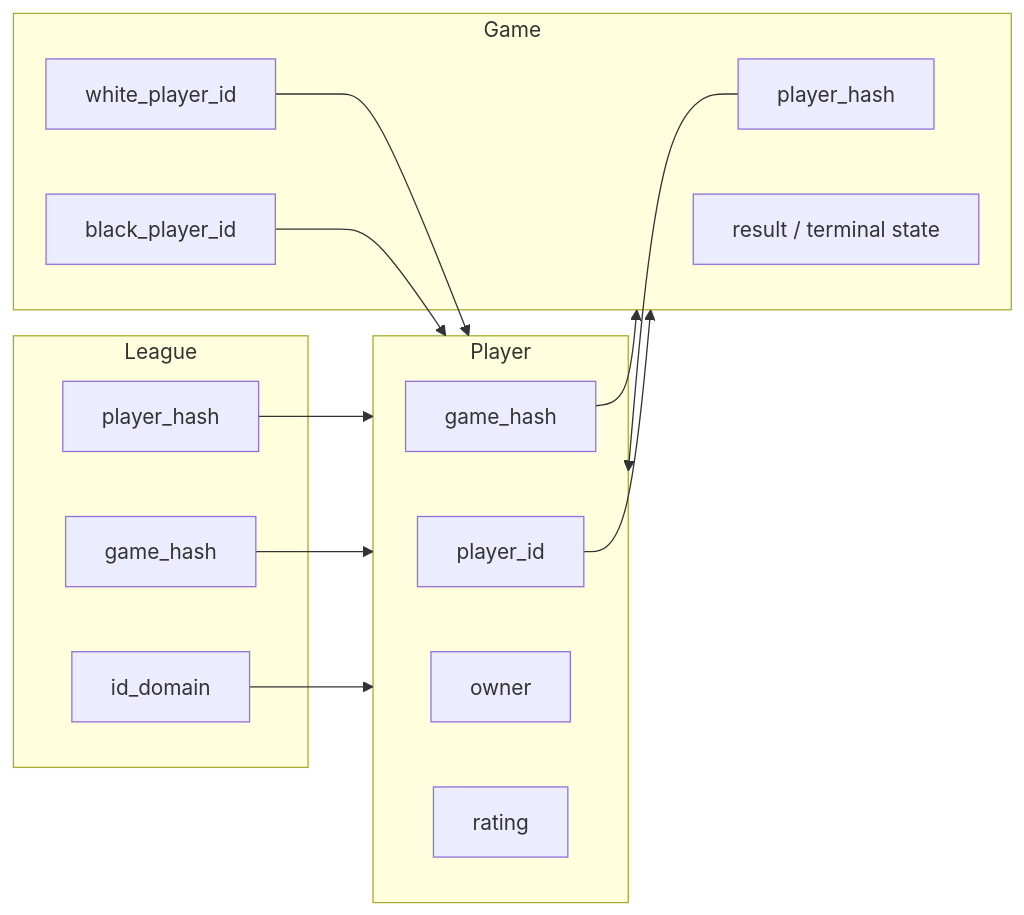
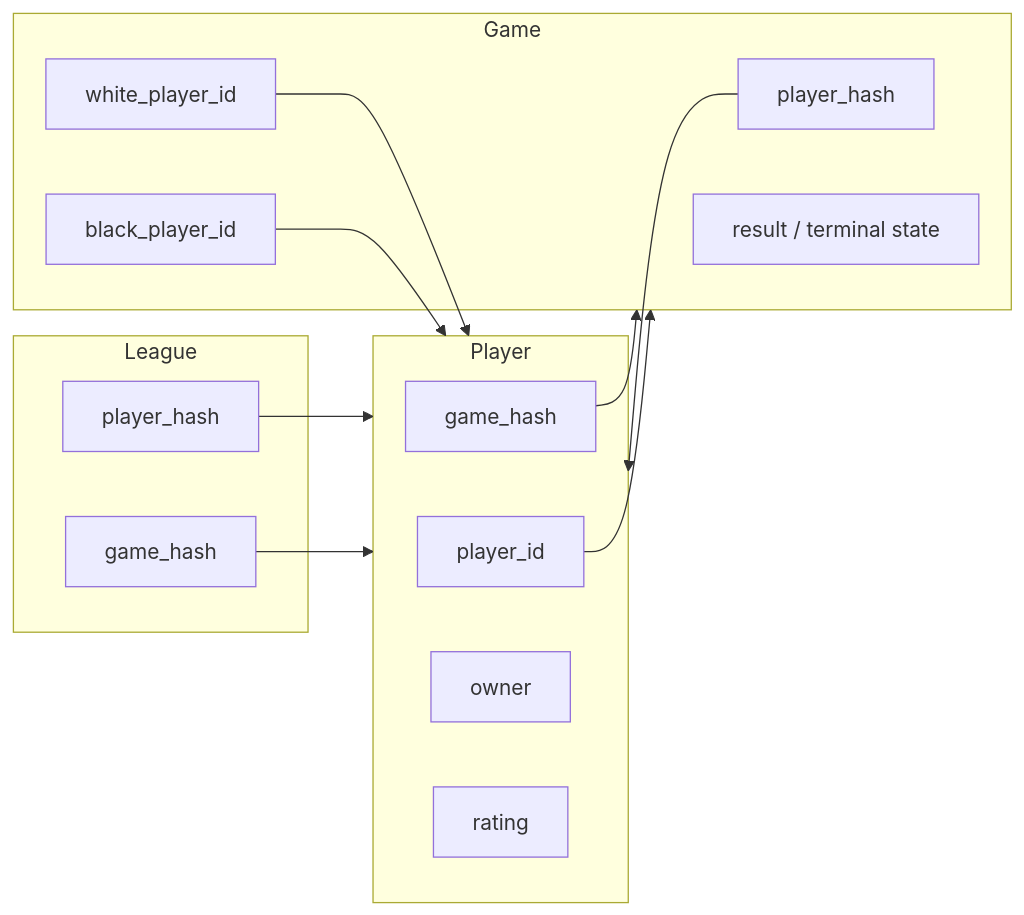
Before and after one commit to michaelsutton/silverscript: the second of 2 diagrams in examples/chess/book/src/dependencies.md, drawn with Mermaid. The commit also changed other lines of this file and 3 other files, not shown here.

````diff
--- a/examples/chess/book/src/dependencies.md
+++ b/examples/chess/book/src/dependencies.md
@@ -28,33 +27,31 @@
 ```mermaid
 flowchart LR
     subgraph League
         LH[player_hash]
         LG[game_hash]
-        LD[id_domain]
     end
 
     subgraph Player
         PG[game_hash]
         PP[player_id]
         PO[owner]
         PR[rating]
     end
 
     subgraph Game
         GP[player_hash]
         GW[white_player_id]
         GB[black_player_id]
         GR[result / terminal state]
     end
 
     LH --> Player
     LG --> Player
-    LD --> Player
 
     PG --> Game
     PP --> Game
 
     GP --> Player
     GW --> Player
     GB --> Player
 ```
````
